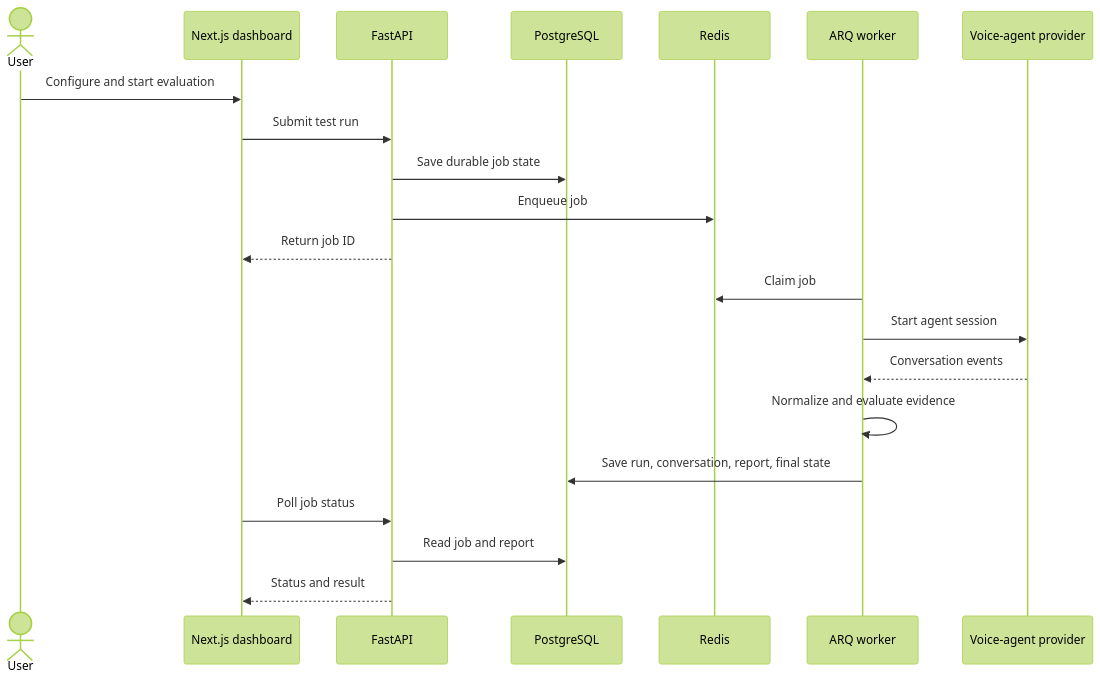
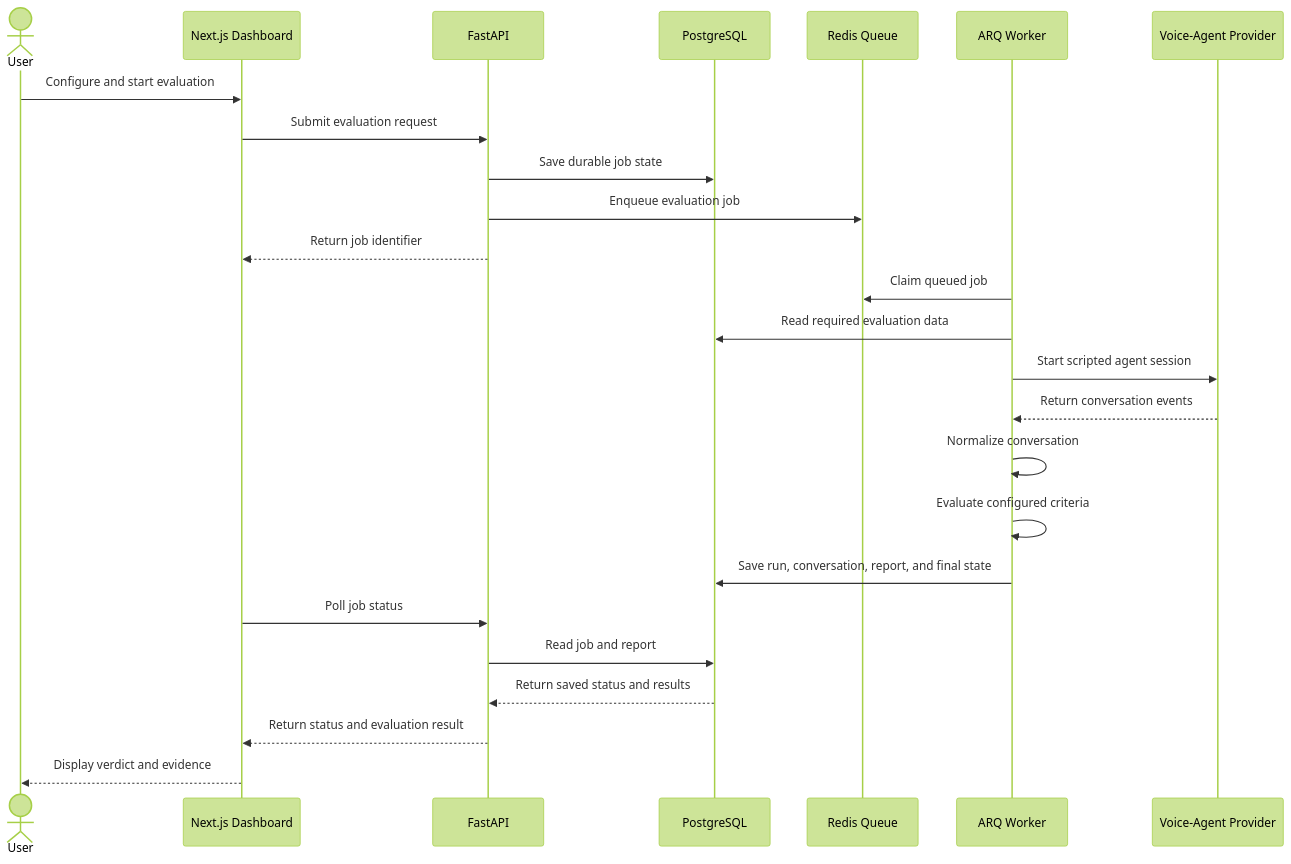
Before and after one commit to novora-voice/novora-backend: the second of 7 diagrams in README.md, drawn with Mermaid (forest theme). The commit also changed other lines of this file, not shown here.

````diff
--- a/README.md
+++ b/README.md
@@ -49,24 +132,33 @@
 ```mermaid
 sequenceDiagram
     actor User
-    participant UI as Next.js dashboard
+    participant UI as Next.js Dashboard
     participant API as FastAPI
     participant DB as PostgreSQL
-    participant Q as Redis
-    participant Worker as ARQ worker
-    participant Provider as Voice-agent provider
+    participant Redis as Redis Queue
+    participant Worker as ARQ Worker
+    participant Provider as Voice-Agent Provider
 
     User->>UI: Configure and start evaluation
-    UI->>API: Submit test run
+    UI->>API: Submit evaluation request
+
     API->>DB: Save durable job state
-    API->>Q: Enqueue job
-    API-->>UI: Return job ID
-    Worker->>Q: Claim job
-    Worker->>Provider: Start agent session
-    Provider-->>Worker: Conversation events
-    Worker->>Worker: Normalize and evaluate evidence
-    Worker->>DB: Save run, conversation, report, final state
+    API->>Redis: Enqueue evaluation job
+    API-->>UI: Return job identifier
+
+    Worker->>Redis: Claim queued job
+    Worker->>DB: Read required evaluation data
+    Worker->>Provider: Start scripted agent session
+
+    Provider-->>Worker: Return conversation events
+
+    Worker->>Worker: Normalize conversation
+    Worker->>Worker: Evaluate configured criteria
+    Worker->>DB: Save run, conversation, report, and final state
+
     UI->>API: Poll job status
     API->>DB: Read job and report
-    API-->>UI: Status and result
+    DB-->>API: Return saved status and results
+    API-->>UI: Return status and evaluation result
+    UI-->>User: Display verdict and evidence
 ```
````
